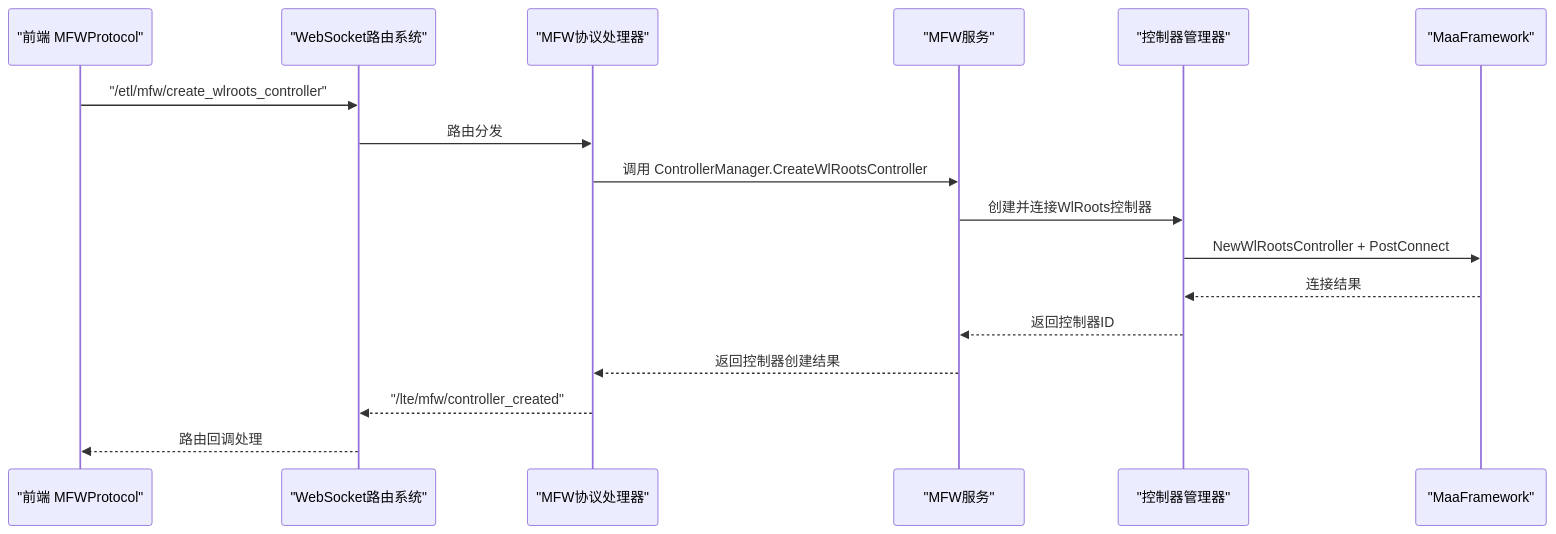
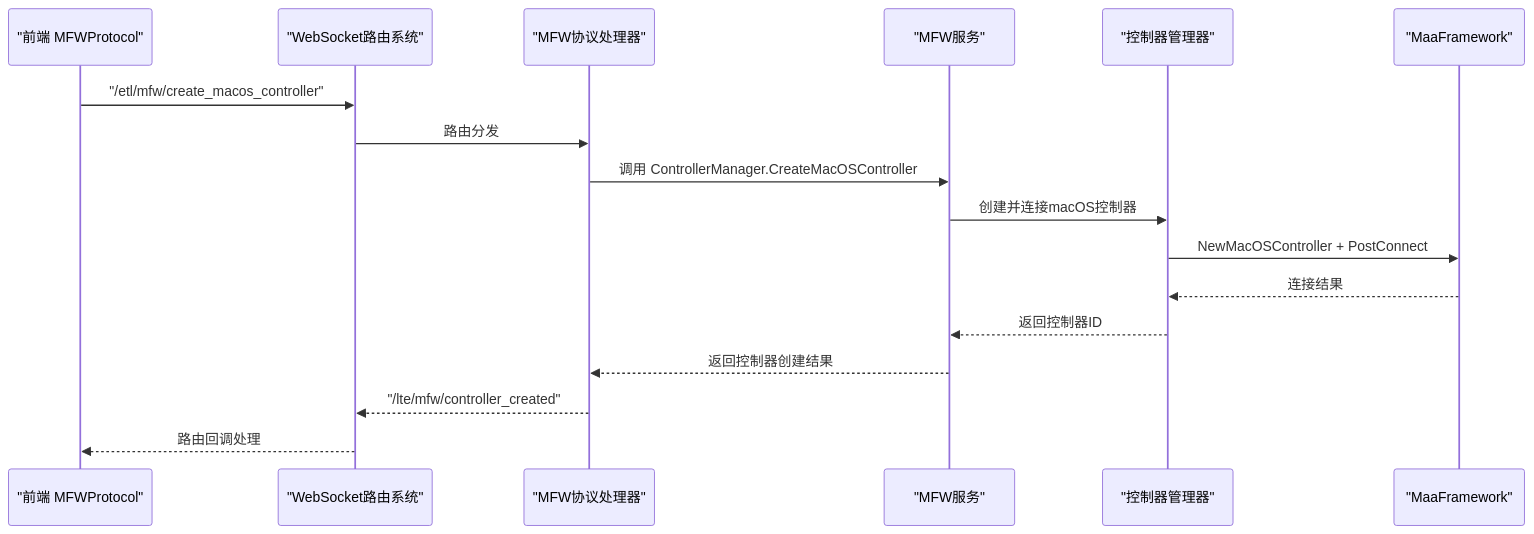
The second of 12 diagrams in .qoder/repowiki/zh/content/核心概念/通信协议/MFW协议.md (kqcoxn/MaaPipelineEditor), drawn with Mermaid before and after one commit. The commit also changed other lines of this file and 6 other files, not shown here.

````diff
--- a/.qoder/repowiki/zh/content/核心概念/通信协议/MFW协议.md
+++ b/.qoder/repowiki/zh/content/核心概念/通信协议/MFW协议.md
@@ -140,19 +142,19 @@
 ```mermaid
 sequenceDiagram
 participant FE as "前端 MFWProtocol"
 participant WS as "WebSocket路由系统"
 participant Proto as "MFW协议处理器"
 participant Svc as "MFW服务"
 participant Ctl as "控制器管理器"
 participant FW as "MaaFramework"
-FE->>WS : "/etl/mfw/create_wlroots_controller"
+FE->>WS : "/etl/mfw/create_macos_controller"
 WS->>Proto : 路由分发
-Proto->>Svc : 调用 ControllerManager.CreateWlRootsController
-Svc->>Ctl : 创建并连接WlRoots控制器
-Ctl->>FW : NewWlRootsController + PostConnect
+Proto->>Svc : 调用 ControllerManager.CreateMacOSController
+Svc->>Ctl : 创建并连接macOS控制器
+Ctl->>FW : NewMacOSController + PostConnect
 FW-->>Ctl : 连接结果
 Ctl-->>Svc : 返回控制器ID
 Svc-->>Proto : 返回控制器创建结果
 Proto-->>WS : "/lte/mfw/controller_created"
 WS-->>FE : 路由回调处理
 ```
````
